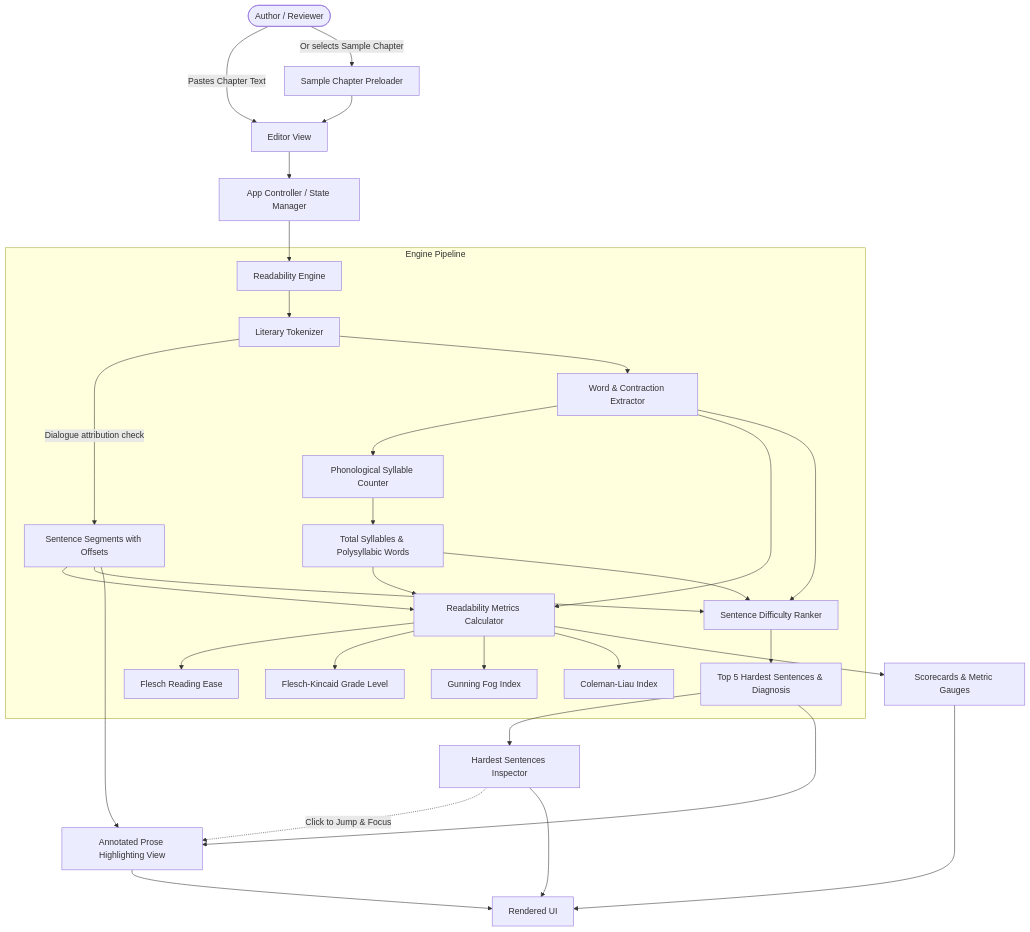
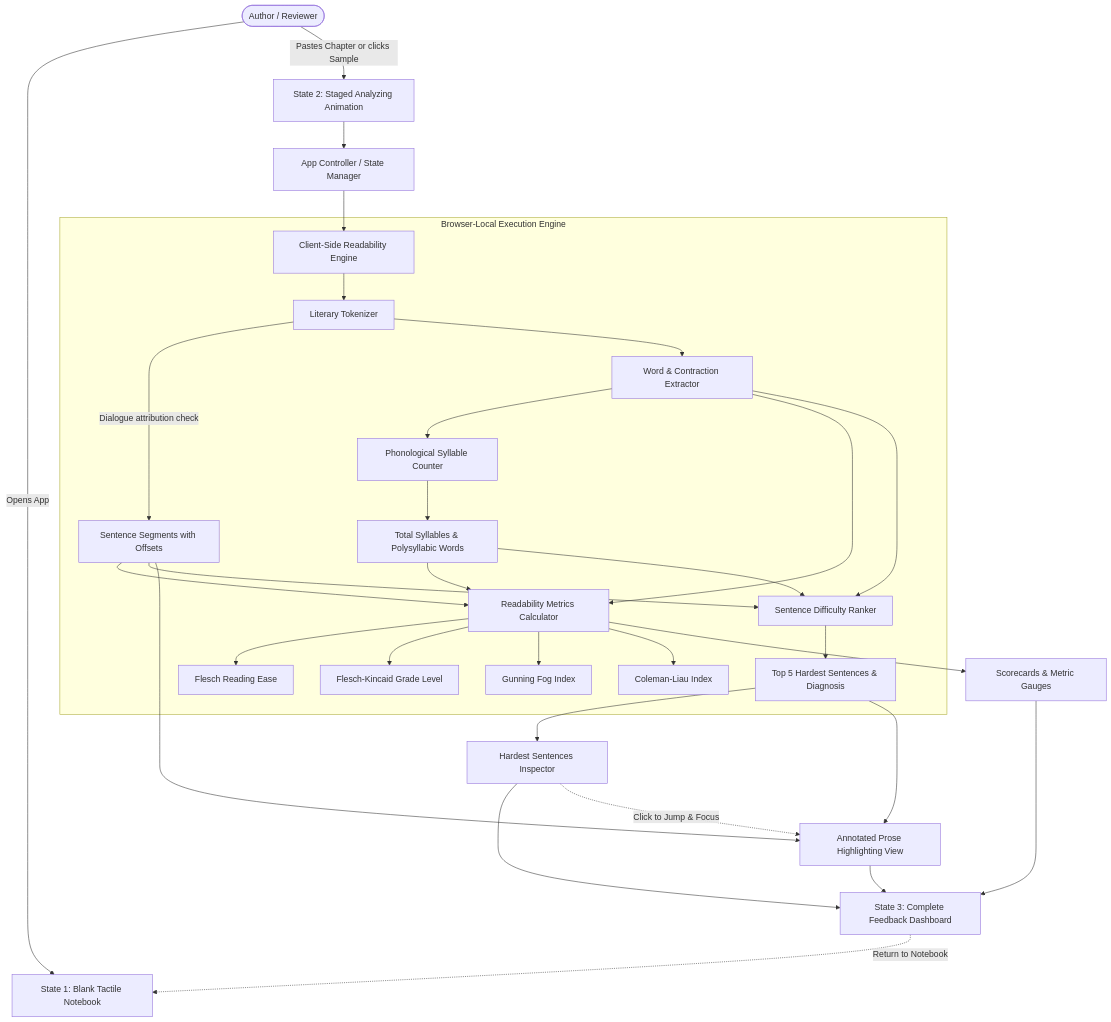
One commit to Dev-angPatil/chapter-readability-analyzer changed the diagram in ARCHITECTURE.md. Above: the diagram before and after it, drawn with Mermaid. The commit also changed other lines of this file and 5 other files, not shown here.

Commit message:
feat: redesign UI into blank tactile notebook with paste-triggered analyzing animation and complete feedback dashboard

````diff
--- a/ARCHITECTURE.md
+++ b/ARCHITECTURE.md
@@ -9,34 +9,34 @@
 ```mermaid
 flowchart TD
-    User([Author / Reviewer]) -->|Pastes Chapter Text| UI[Editor View]
-    User -->|Or selects Sample Chapter| Samples[Sample Chapter Preloader]
-    Samples --> UI
+    User([Author / Reviewer]) -->|Opens App| Notebook[State 1: Blank Tactile Notebook]
+    User -->|Pastes Chapter or clicks Sample| Loader[State 2: Staged Analyzing Animation]
+    
+    Loader --> Controller[App Controller / State Manager]
+    Controller --> Engine[Client-Side Readability Engine]
 
-    UI --> Controller[App Controller / State Manager]
-    Controller --> Engine[Readability Engine]
-
-    subgraph Engine Pipeline
+    subgraph Engine Pipeline [Browser-Local Execution Engine]
         Engine --> Tokenizer[Literary Tokenizer]
         Tokenizer -->|Dialogue attribution check| Sentences[Sentence Segments with Offsets]
         Tokenizer --> Words[Word & Contraction Extractor]
         
         Words --> SyllableCounter[Phonological Syllable Counter]
         SyllableCounter --> SyllableStats[Total Syllables & Polysyllabic Words]
 
         Sentences & Words & SyllableStats --> MetricFormulas[Readability Metrics Calculator]
         MetricFormulas --> FleschEase[Flesch Reading Ease]
         MetricFormulas --> FKGrade[Flesch-Kincaid Grade Level]
         MetricFormulas --> GunningFog[Gunning Fog Index]
         MetricFormulas --> ColemanLiau[Coleman-Liau Index]
         
         Sentences & Words & SyllableStats --> Ranker[Sentence Difficulty Ranker]
         Ranker --> TopFive[Top 5 Hardest Sentences & Diagnosis]
     end
 
     MetricFormulas --> Dashboard[Scorecards & Metric Gauges]
     TopFive --> Inspector[Hardest Sentences Inspector]
     TopFive & Sentences --> ProseView[Annotated Prose Highlighting View]
     
+    Dashboard & Inspector & ProseView --> Results[State 3: Complete Feedback Dashboard]
+    Results -.->|Return to Notebook| Notebook
     Inspector -.->|Click to Jump & Focus| ProseView
-    Dashboard & Inspector & ProseView --> DOM[Rendered UI]
 ```
````
